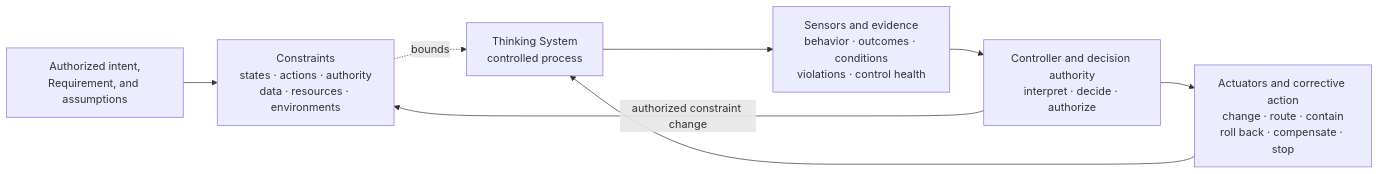
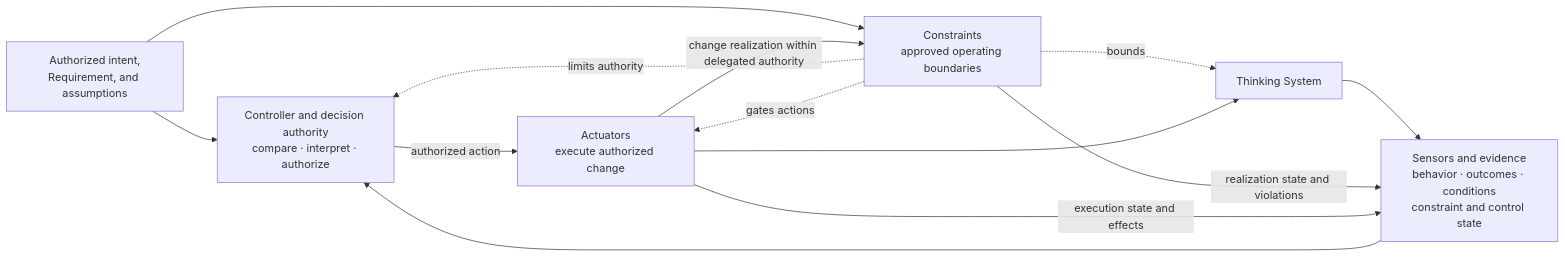
The second of 3 diagrams in 02-ai-control-plane/README.md (UncertaintyArchitectureGroup/uncertainty-architecture), drawn with Mermaid before and after one commit. The commit also changed other lines of this file, not shown here.

Commit message:
docs: align AI Control Plane with corrected capability anatomy

````diff
--- a/02-ai-control-plane/README.md
+++ b/02-ai-control-plane/README.md
@@ -53,17 +73,22 @@
 ```mermaid
 flowchart LR
-    I[Authorized intent,<br/>Requirement, and assumptions]
-    K[Constraints<br/>states · actions · authority<br/>data · resources · environments]
-    P[Thinking System<br/>controlled process]
-    S[Sensors and evidence<br/>behavior · outcomes · conditions<br/>violations · control health]
-    C[Controller and decision authority<br/>interpret · decide · authorize]
-    A[Actuators and corrective action<br/>change · route · contain<br/>roll back · compensate · stop]
+    R[Authorized intent,<br/>Requirement, and assumptions]
+    K[Constraints<br/>approved operating boundaries]
+    P[Thinking System]
+    S[Sensors and evidence<br/>behavior · outcomes · conditions<br/>constraint and control state]
+    C[Controller and decision authority<br/>compare · interpret · authorize]
+    A[Actuators<br/>execute authorized change]
 
-    I --> K
+    R --> C
+    R --> K
     K -. bounds .-> P
+    K -. limits authority .-> C
+    K -. gates actions .-> A
     P --> S
+    K -->|realization state and violations| S
+    A -->|execution state and effects| S
     S --> C
-    C --> A
+    C -->|authorized action| A
     A --> P
-    C -->|authorized constraint change| K
+    A -->|change realization within delegated authority| K
 ```
````
